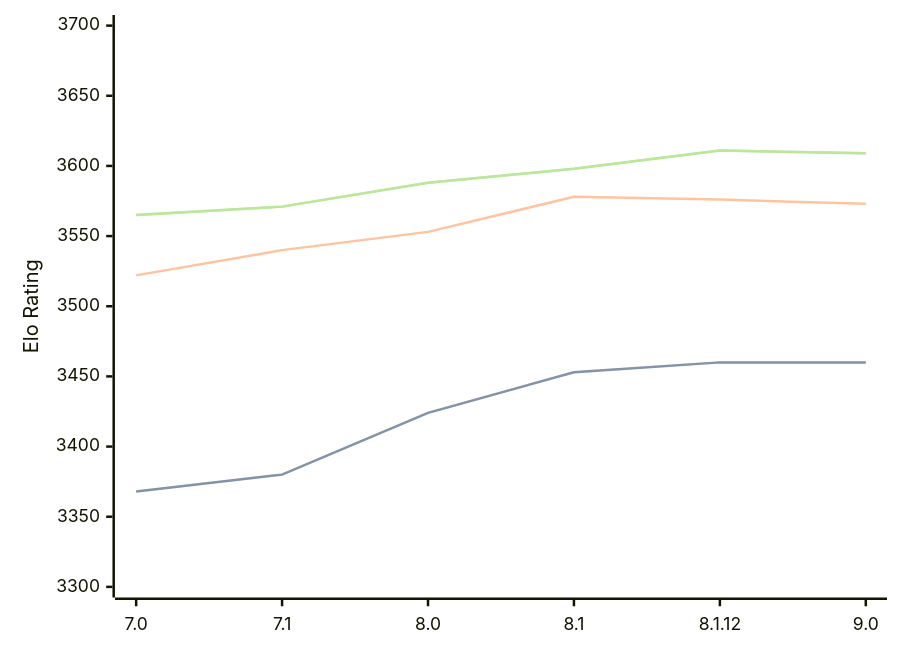
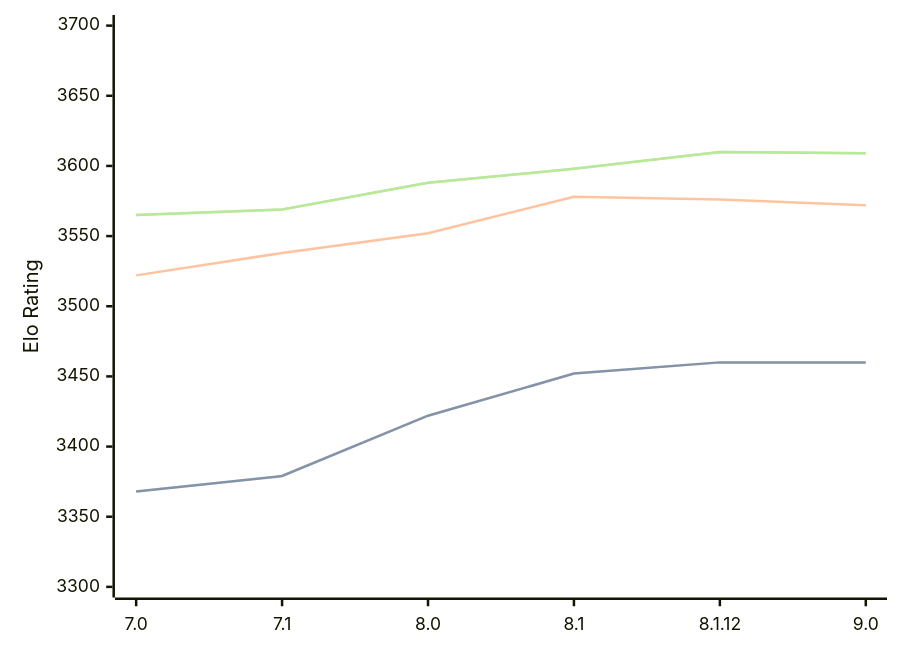
One commit to computer-chess-index/cci changed the diagram in engines/Alexandria.md. Above: the diagram before and after it, drawn with Mermaid. The commit also changed other lines of this file, not shown here.

Commit message:
Update CCI Ratings (ELO VLTC) - 2026-04-17

````diff
--- a/engines/Alexandria.md
+++ b/engines/Alexandria.md
@@ -55,11 +55,11 @@
 ```mermaid
 %%{init: {"theme":"base","themeVariables":{"seriesColors:['#a3a3a3','#222221','#faa371']}}}%%
 xychart-beta
   x-axis ["7.0", "7.1", "8.0", "8.1", "8.1.12", "9.0"]
   y-axis "Elo Rating" 3300 --> 3700
-  line "STC (8.0+0.08s)" [3368, 3380, 3424, 3453, 3460, 3460]
-  line "STC (8.0+0.08s)" [3368, 3380, 3424, 3453, 3460, 3460]
-  line "LTC (60.0+0.60s)" [3522, 3540, 3553, 3578, 3576, 3573]
-  line "VLTC (2m24s+1.12s)" [3565, 3571, 3588, 3598, 3611, 3609]
-  line "VLTC (2m24s+1.12s)" [3565, 3571, 3588, 3598, 3611, 3609]
+  line "STC (8.0+0.08s)" [3368, 3379, 3422, 3452, 3460, 3460]
+  line "STC (8.0+0.08s)" [3368, 3379, 3422, 3452, 3460, 3460]
+  line "LTC (60.0+0.60s)" [3522, 3538, 3552, 3578, 3576, 3572]
+  line "VLTC (2m24s+1.12s)" [3565, 3569, 3588, 3598, 3610, 3609]
+  line "VLTC (2m24s+1.12s)" [3565, 3569, 3588, 3598, 3610, 3609]
 ```
````
